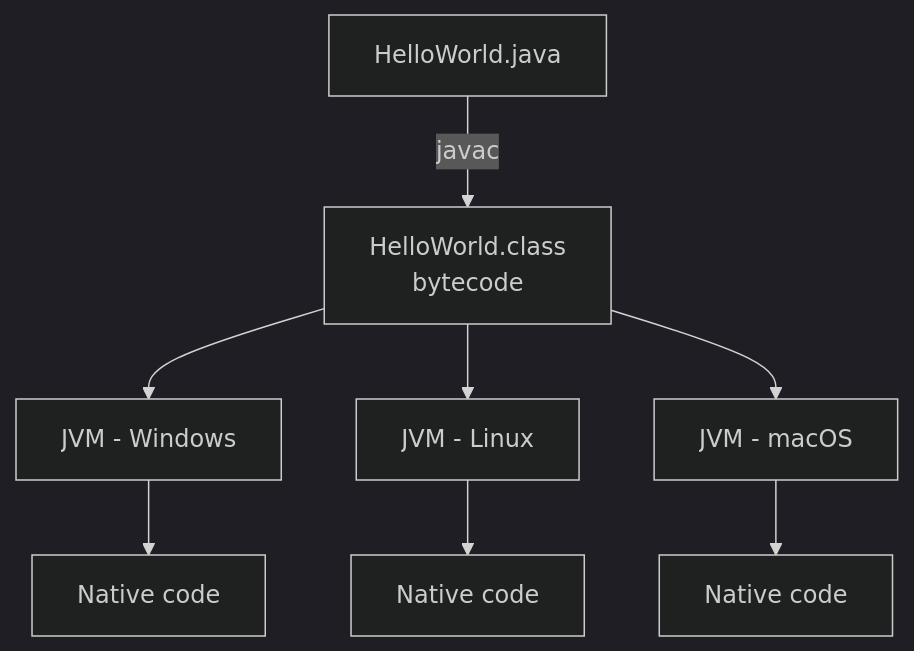
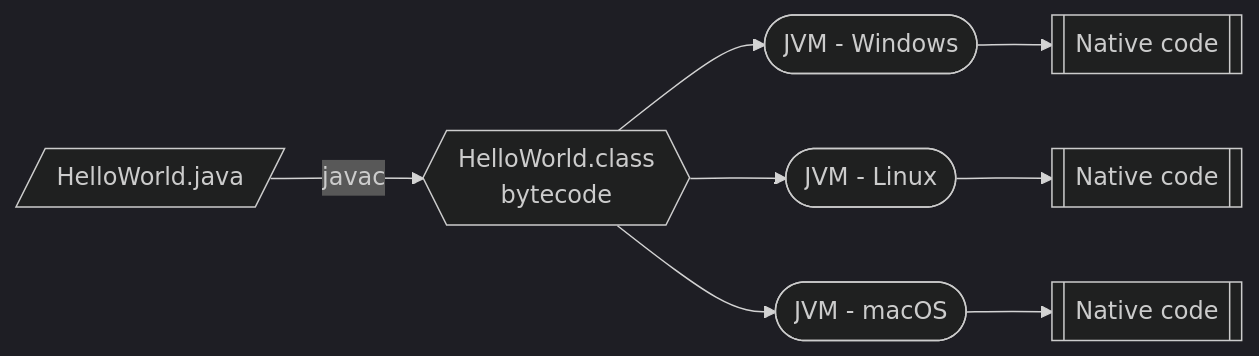
Before and after one commit to saivamsikaruturi/vamsilabs-dev-notes-main: the diagram in docs/interview/java-core.md, drawn with Mermaid (dark theme). The commit also changed 146 other files, not shown here.

Commit message:
Horizontal diagrams, UML class diagrams, typography overhaul, and permalink cleanup

````diff
--- a/docs/interview/java-core.md
+++ b/docs/interview/java-core.md
@@ -21,10 +21,10 @@
     ```mermaid
-    flowchart TD
-        A[HelloWorld.java] -->|javac| B[HelloWorld.class<br/>bytecode]
-        B --> C[JVM - Windows]
-        B --> D[JVM - Linux]
-        B --> E[JVM - macOS]
-        C --> F[Native code]
-        D --> G[Native code]
-        E --> H[Native code]
+    flowchart LR
+        A[/"HelloWorld.java"/] -->|javac| B{{"HelloWorld.class<br/>bytecode"}}
+        B --> C(["JVM - Windows"])
+        B --> D(["JVM - Linux"])
+        B --> E(["JVM - macOS"])
+        C --> F[["Native code"]]
+        D --> G[["Native code"]]
+        E --> H[["Native code"]]
     ```
````
